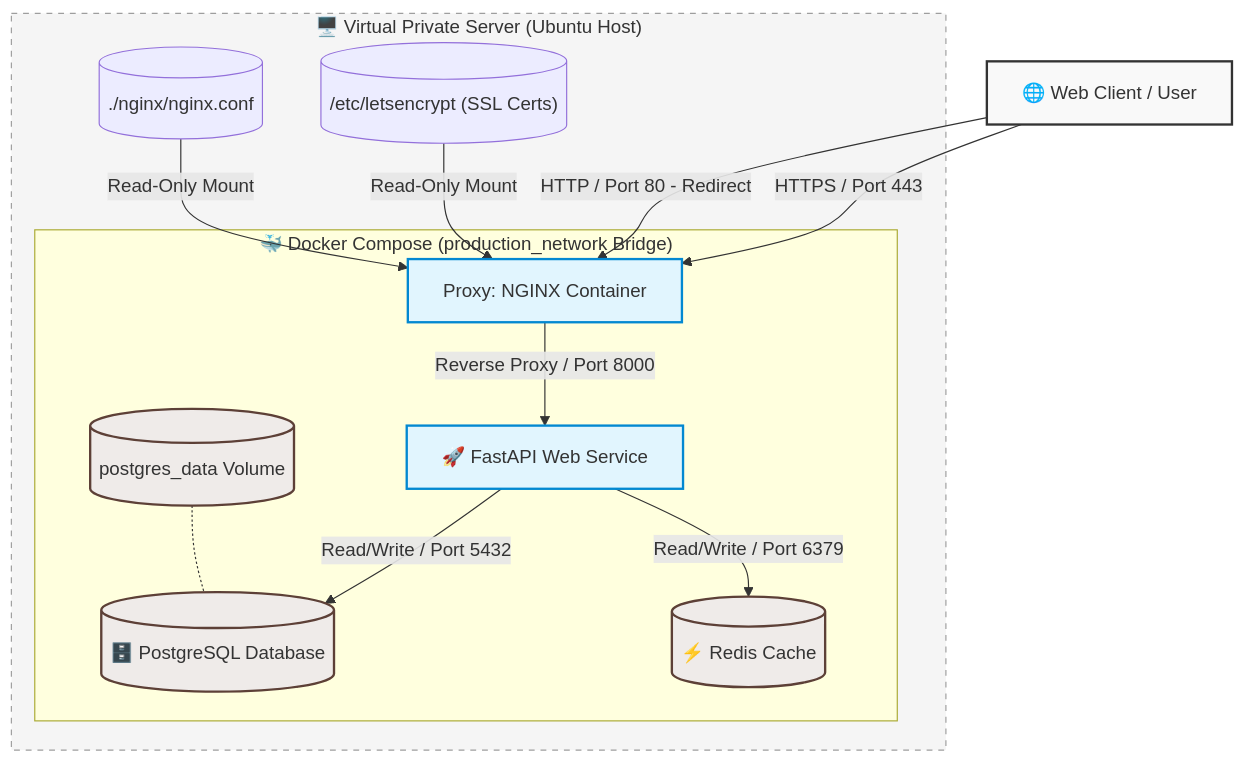
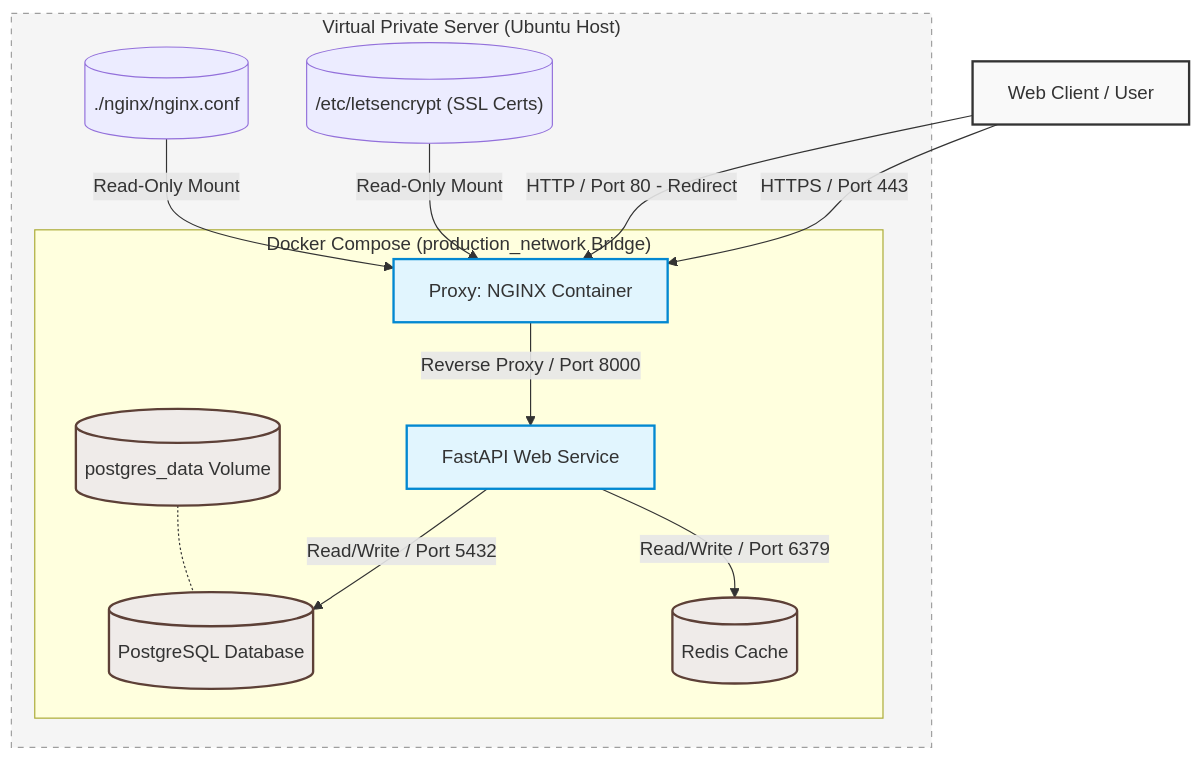
The diagram in docs/ARCHITECTURE.md (elite-SR/FastAPI-Application), drawn with Mermaid before and after one commit. The commit also changed other lines of this file and 7 other files, not shown here.

Commit message:
docs: finalize deployment, architecture, and security guides without emojis

````diff
--- a/docs/ARCHITECTURE.md
+++ b/docs/ARCHITECTURE.md
@@ -11,39 +11,39 @@
 ```mermaid
 graph TD
     %% Clients and Outer Internet
-    Client[🌐 Web Client / User] -->|HTTPS / Port 443| Nginx[Proxy: NGINX Container]
+    Client["Web Client / User"] -->|HTTPS / Port 443| Nginx[Proxy: NGINX Container]
     Client -->|HTTP / Port 80 - Redirect| Nginx
 
     %% Virtual Private Server (VPS) Boundary
-    subgraph VPS ["🖥️ Virtual Private Server (Ubuntu Host)"]
+    subgraph VPS ["Virtual Private Server (Ubuntu Host)"]
         
         %% Docker Compose Isolation Boundary
-        subgraph DockerCompose ["🐳 Docker Compose (production_network Bridge)"]
+        subgraph DockerCompose ["Docker Compose (production_network Bridge)"]
             
             %% Nginx Configuration & Certificates
-            Nginx -->|Reverse Proxy / Port 8000| Web[🚀 FastAPI Web Service]
+            Nginx -->|Reverse Proxy / Port 8000| Web[FastAPI Web Service]
             
             %% Data and Cache services
-            Web -->|Read/Write / Port 5432| DB[(🗄️ PostgreSQL Database)]
-            Web -->|Read/Write / Port 6379| Redis[(⚡ Redis Cache)]
+            Web -->|Read/Write / Port 5432| DB[(PostgreSQL Database)]
+            Web -->|Read/Write / Port 6379| Redis[(Redis Cache)]
             
             %% Volumes & Host Mounts
             DBVolumes[(postgres_data Volume)] -.- DB
         end
         
         %% Host Mounts
         Certs[("/etc/letsencrypt (SSL Certs)")] -->|Read-Only Mount| Nginx
         NginxConfig[("./nginx/nginx.conf")] -->|Read-Only Mount| Nginx
     end
 
     %% Styles
     classDef external fill:#f9f9f9,stroke:#333,stroke-width:2px;
     classDef container fill:#e1f5fe,stroke:#0288d1,stroke-width:2px;
     classDef storage fill:#efebe9,stroke:#5d4037,stroke-width:2px;
     classDef host fill:#f5f5f5,stroke:#9e9e9e,stroke-dasharray: 5 5;
     
     class Client external;
     class Nginx,Web container;
     class DB,Redis,DBVolumes storage;
     class VPS host;
 ```
````
